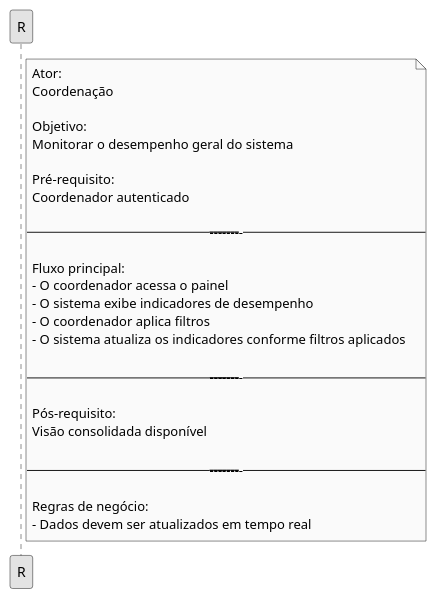
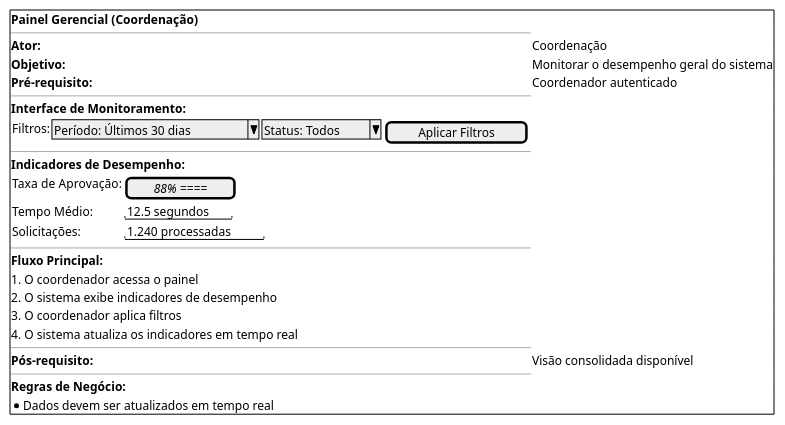
Before and after one commit to Projetos-de-Extensao/PBE_26.1_8001_VII: the sixth of 10 diagrams in docs/Iniciacao/prototipo_baixa_fidelidade.md, drawn with PlantUML. The commit also changed other lines of this file, not shown here.

````diff
--- a/docs/Iniciacao/prototipo_baixa_fidelidade.md
+++ b/docs/Iniciacao/prototipo_baixa_fidelidade.md
@@ -243,38 +177,34 @@
-```puml
-@startuml
-
-skinparam monochrome true
-skinparam shadowing false
-
-
-note right of R
-Ator:
-Coordenação
-
-Objetivo:
-Monitorar o desempenho geral do sistema
-
-Pré-requisito:
-Coordenador autenticado
-
-----------------------------------------
-
-Fluxo principal:
-- O coordenador acessa o painel
-- O sistema exibe indicadores de desempenho
-- O coordenador aplica filtros
-- O sistema atualiza os indicadores conforme filtros aplicados
-
-----------------------------------------
-
-Pós-requisito:
-Visão consolidada disponível
-
-----------------------------------------
-
-Regras de negócio:
-- Dados devem ser atualizados em tempo real
-end note
-
-@enduml
+```plantuml
+@startsalt
+{+
+  **Painel Gerencial (Coordenação)**
+  --
+  **Ator:** | Coordenação
+  **Objetivo:** | Monitorar o desempenho geral do sistema
+  **Pré-requisito:** | Coordenador autenticado
+  --
+  **Interface de Monitoramento:**
+  {
+    Filtros: | ^Período: Últimos 30 dias^ | ^Status: Todos^ | [ Aplicar Filtros ]
+  }
+  ---
+  **Indicadores de Desempenho:**
+  {
+    Taxa de Aprovação: | [==== 88% ====]
+    Tempo Médio:       | "12.5 segundos"
+    Solicitações:      | "1.240 processadas"
+  }
+  --
+  **Fluxo Principal:**
+  1. O coordenador acessa o painel
+  2. O sistema exibe indicadores de desempenho
+  3. O coordenador aplica filtros
+  4. O sistema atualiza os indicadores em tempo real
+  --
+  **Pós-requisito:** | Visão consolidada disponível
+  --
+  **Regras de Negócio:**
+  * Dados devem ser atualizados em tempo real
+}
+@endsalt
 ```
````
